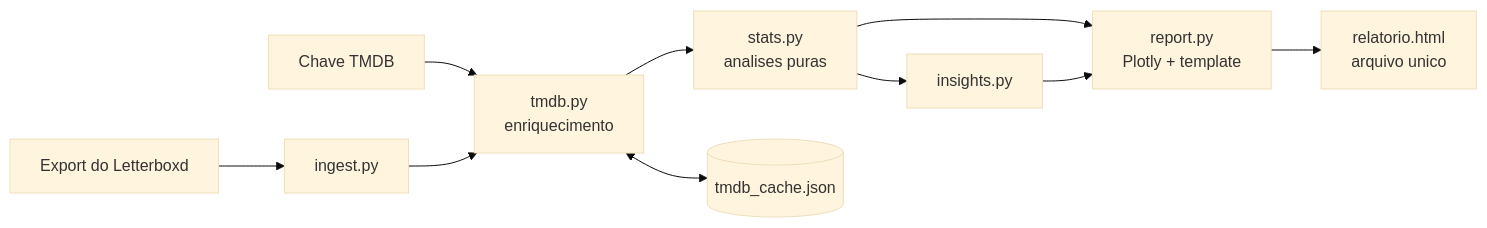
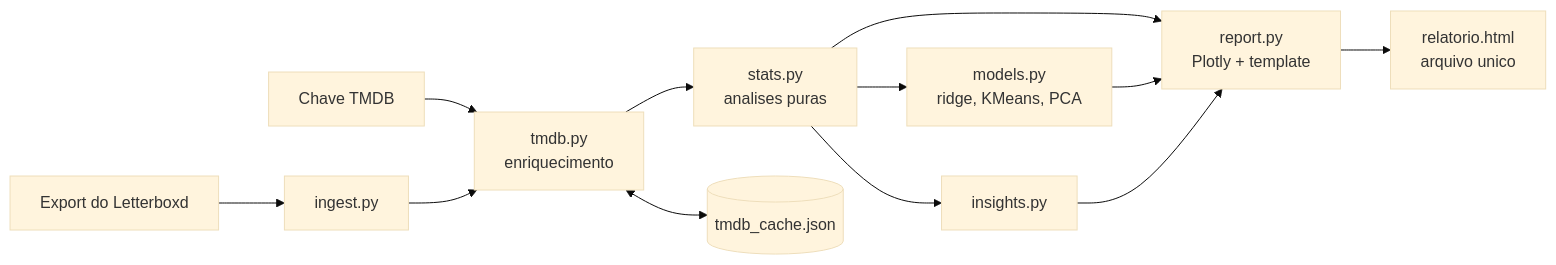
One commit to arthurpmotta02/letterboxd-explorer changed the diagram in README.md. Above: the diagram before and after it, drawn with Mermaid (base theme). The commit also changed other lines of this file and 10 other files, not shown here.

````diff
--- a/README.md
+++ b/README.md
@@ -191,9 +173,10 @@
 ```mermaid
 flowchart LR
     E[Export do Letterboxd] --> I[ingest.py]
     K[Chave TMDB] --> T
     I --> T[tmdb.py<br>enriquecimento] --> S[stats.py<br>analises puras] --> R[report.py<br>Plotly + template]
+    S --> M[models.py<br>ridge, KMeans, PCA] --> R
     S --> N[insights.py] --> R
     T <--> C[(tmdb_cache.json)]
     R --> H[relatorio.html<br>arquivo unico]
 ```
````
